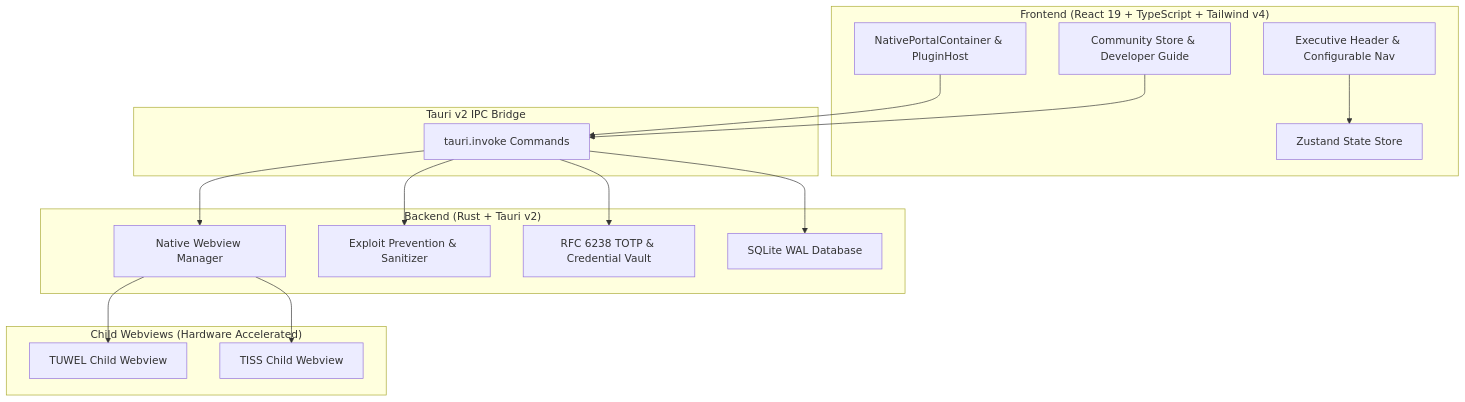
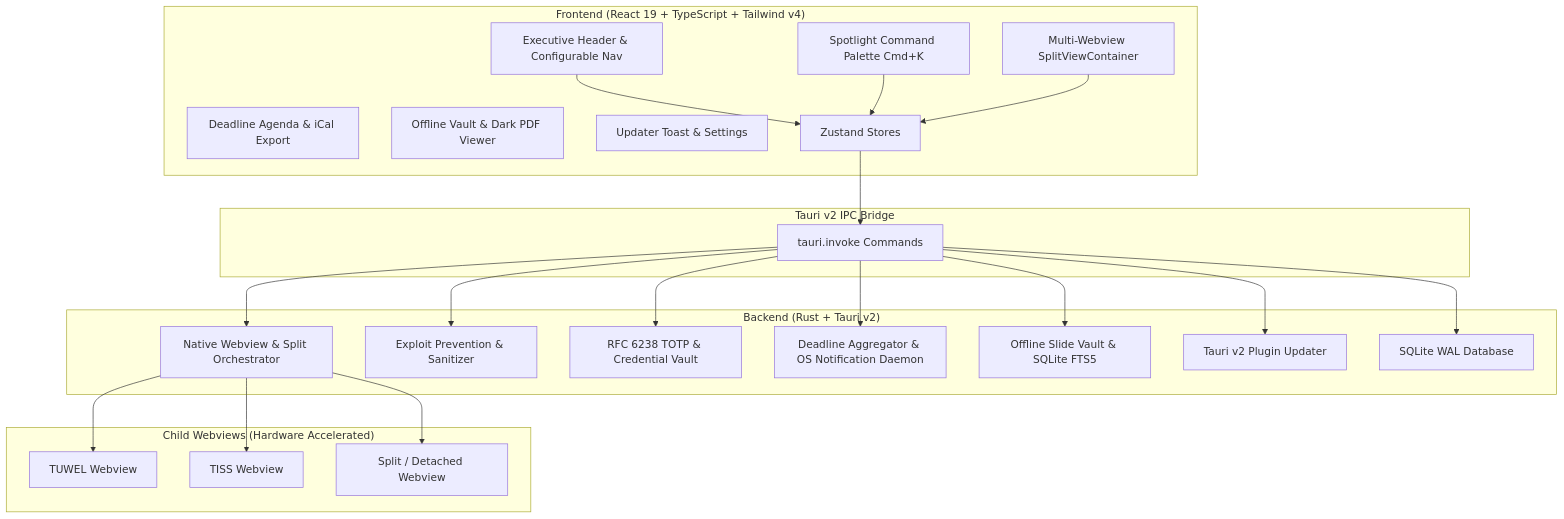
One commit to tu-cockpit-community/TU-Cockpit changed the diagram in README.md. Above: the diagram before and after it, drawn with Mermaid. The commit also changed other lines of this file and 1 other file, not shown here.

Commit message:
docs(plan): mark phase 5 milestones 24-29 as completed and update living readme

````diff
--- a/README.md
+++ b/README.md
@@ -59,35 +85,47 @@
 ```mermaid
 graph TD
     subgraph Frontend ["Frontend (React 19 + TypeScript + Tailwind v4)"]
         UI[Executive Header & Configurable Nav]
-        Store[Zustand State Store]
-        Host[NativePortalContainer & PluginHost]
-        Marketplace[Community Store & Developer Guide]
+        Palette[Spotlight Command Palette Cmd+K]
+        Split[Multi-Webview SplitViewContainer]
+        Deadlines[Deadline Agenda & iCal Export]
+        VaultUI[Offline Vault & Dark PDF Viewer]
+        UpdaterUI[Updater Toast & Settings]
+        Store[Zustand Stores]
     end
 
     subgraph IPC ["Tauri v2 IPC Bridge"]
         Invoke[tauri.invoke Commands]
     end
 
     subgraph Backend ["Backend (Rust + Tauri v2)"]
-        ChildWebviews[Native Webview Manager]
+        ChildWebviews[Native Webview & Split Orchestrator]
         PluginSecurity[Exploit Prevention & Sanitizer]
         Vault[RFC 6238 TOTP & Credential Vault]
+        DeadlinesDaemon[Deadline Aggregator & OS Notification Daemon]
+        OfflineFTS[Offline Slide Vault & SQLite FTS5]
+        AutoUpdater[Tauri v2 Plugin Updater]
         Storage[SQLite WAL Database]
     end
 
     subgraph Portals ["Child Webviews (Hardware Accelerated)"]
-        TUWEL[TUWEL Child Webview]
-        TISS[TISS Child Webview]
+        TUWEL[TUWEL Webview]
+        TISS[TISS Webview]
+        SecondaryPortal[Split / Detached Webview]
     end
 
     UI --> Store
-    Host --> Invoke
-    Marketplace --> Invoke
+    Palette --> Store
+    Split --> Store
+    Store --> Invoke
     Invoke --> ChildWebviews
     Invoke --> PluginSecurity
     Invoke --> Vault
+    Invoke --> DeadlinesDaemon
+    Invoke --> OfflineFTS
+    Invoke --> AutoUpdater
     Invoke --> Storage
     ChildWebviews --> TUWEL
     ChildWebviews --> TISS
+    ChildWebviews --> SecondaryPortal
 ```
````
